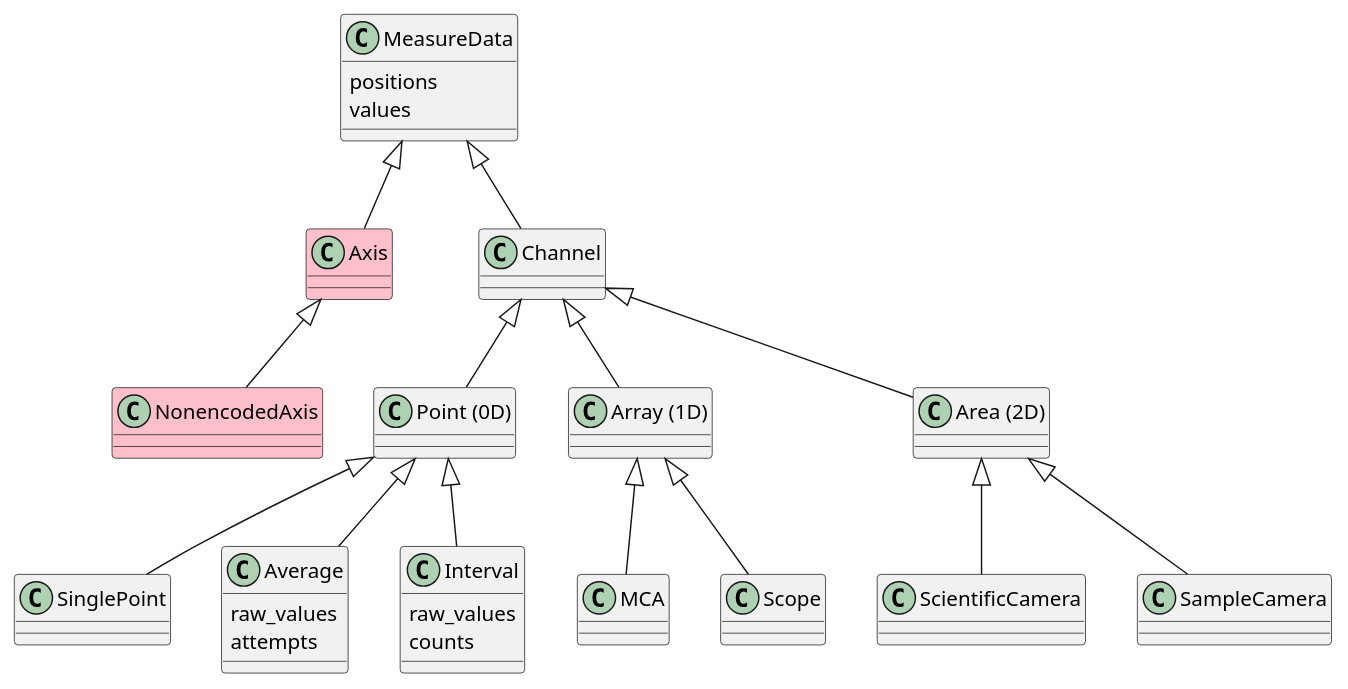
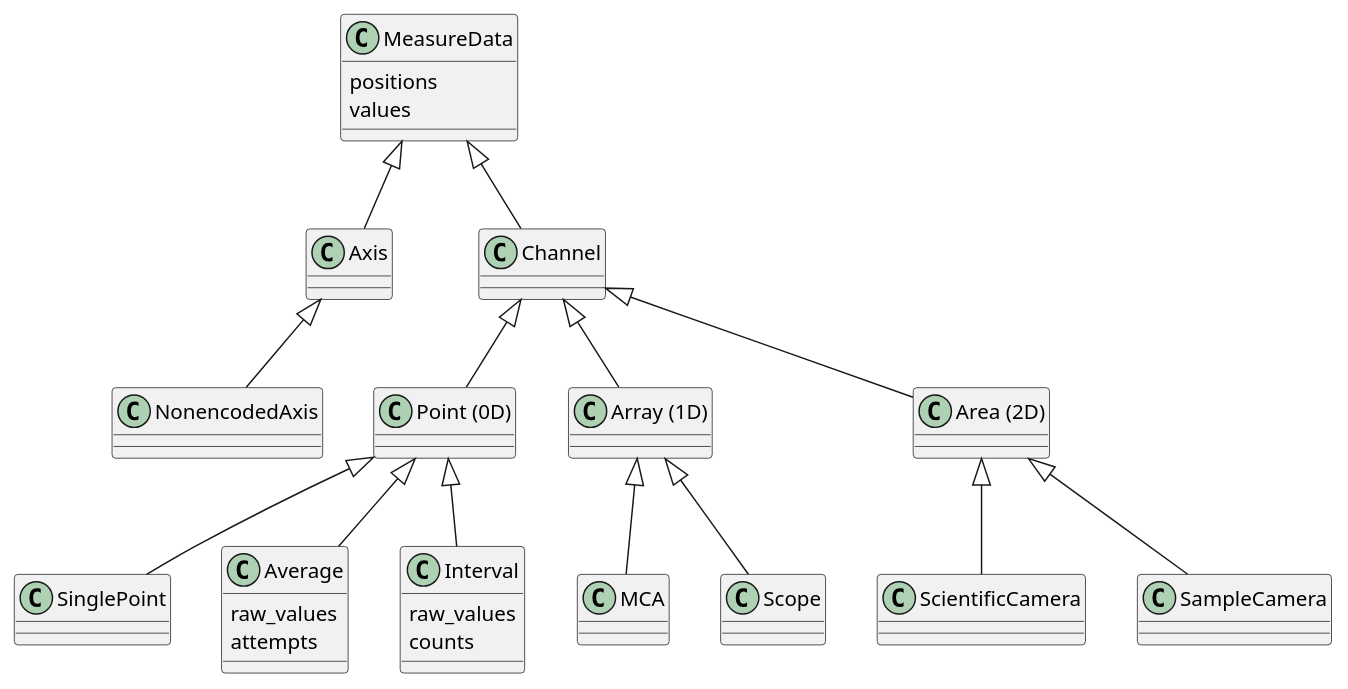
Before and after one commit to tillbiskup/evedata: the diagram in docs/uml/measuredata-types.puml, drawn with PlantUML. The commit also changed 3 other files, not shown here.

```diff
--- a/docs/uml/measuredata-types.puml
+++ b/docs/uml/measuredata-types.puml
@@ -1,40 +1,40 @@
 @startuml
 'https://plantuml.com/class-diagram
 
 class MeasureData {
     positions
     values
 }
 
-class Axis #pink extends MeasureData {}
+class Axis extends MeasureData {}
 
-class NonencodedAxis #pink extends Axis {}
+class NonencodedAxis extends Axis {}
 
 class Channel extends MeasureData {}
 
 class "Point (0D)" extends Channel {}
 
 class SinglePoint extends "Point (0D)" {}
 
 class Average extends "Point (0D)" {
     raw_values
     attempts
 }
 
 class Interval extends "Point (0D)" {
     raw_values
     counts
 }
 
 class "Array (1D)" extends Channel {}
 
 class MCA extends "Array (1D)"
 
 class Scope extends "Array (1D)"
 
 class "Area (2D)" extends Channel {}
 
 class ScientificCamera extends "Area (2D)"
 
 class SampleCamera extends "Area (2D)"
 @enduml
```
